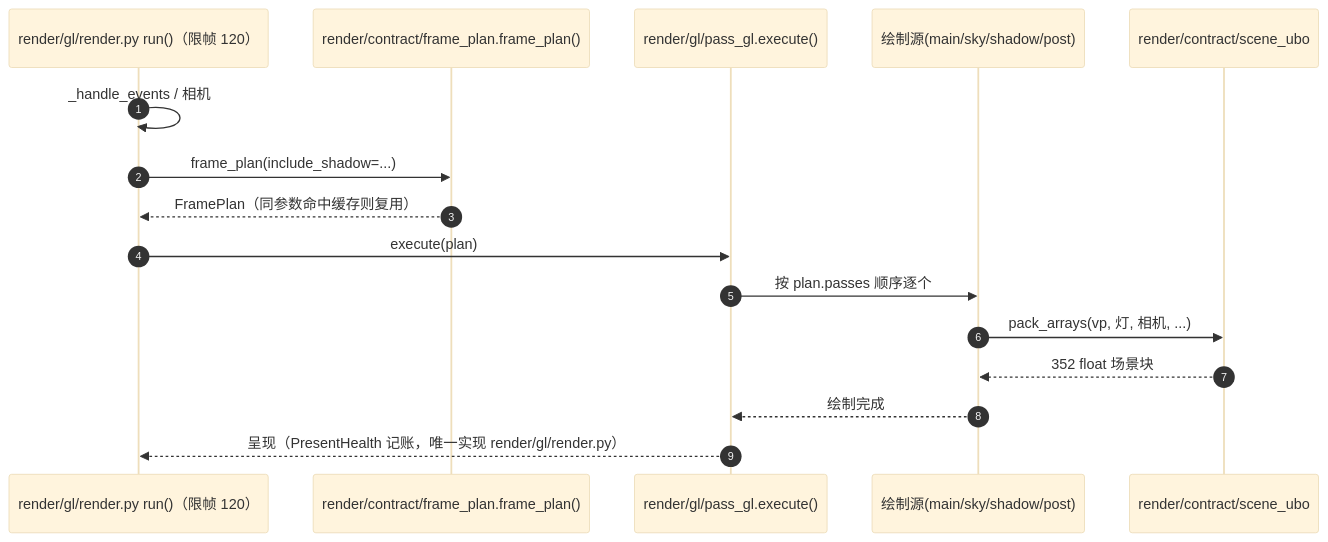
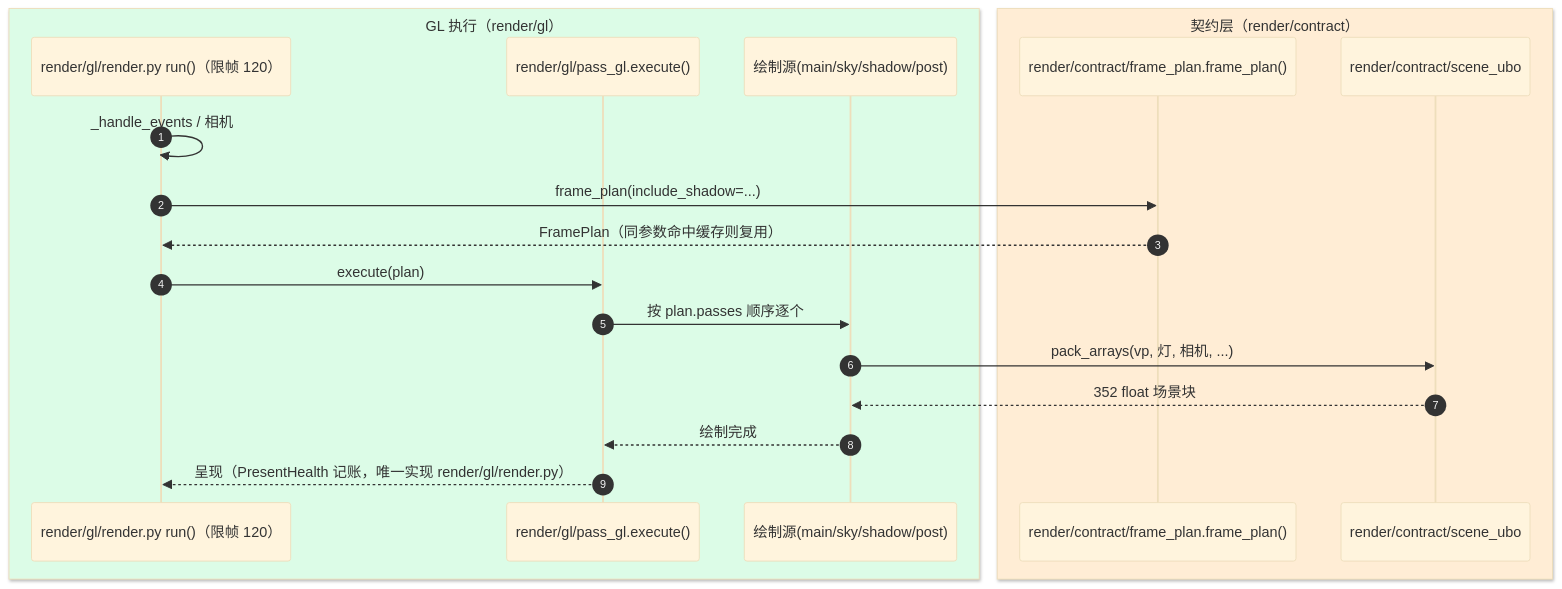
Before and after one commit to lhy302/WeaveEngine: diagram 14 of 23 in ARCHITECTURE.md, drawn with Mermaid (base theme). The commit also changed other lines of this file, not shown here.

Commit message:
docs: 图 8~14 全部改为功能模块分框结构（含事实实测刷新）

````diff
--- a/ARCHITECTURE.md
+++ b/ARCHITECTURE.md
@@ -754,18 +792,22 @@
 ```mermaid
 sequenceDiagram
   autonumber
-  participant L as render/gl/render.py run()（限帧 120）
-  participant PL as render/contract/frame_plan.frame_plan()
-  participant X as render/gl/pass_gl.execute()
-  participant D as 绘制源(main/sky/shadow/post)
-  participant U as render/contract/scene_ubo
+  box rgb(220,252,231) GL 执行（render/gl）
+    participant L as render/gl/render.py run()（限帧 120）
+    participant X as render/gl/pass_gl.execute()
+    participant D as 绘制源(main/sky/shadow/post)
+  end
+  box rgb(255,237,213) 契约层（render/contract）
+    participant PL as render/contract/frame_plan.frame_plan()
+    participant U as render/contract/scene_ubo
+  end
   L->>L: _handle_events / 相机
   L->>PL: frame_plan(include_shadow=...)
   PL-->>L: FramePlan（同参数命中缓存则复用）
   L->>X: execute(plan)
   X->>D: 按 plan.passes 顺序逐个
   D->>U: pack_arrays(vp, 灯, 相机, ...)
   U-->>D: 352 float 场景块
   D-->>X: 绘制完成
   X-->>L: 呈现（PresentHealth 记账，唯一实现 render/gl/render.py）
 ```
````
